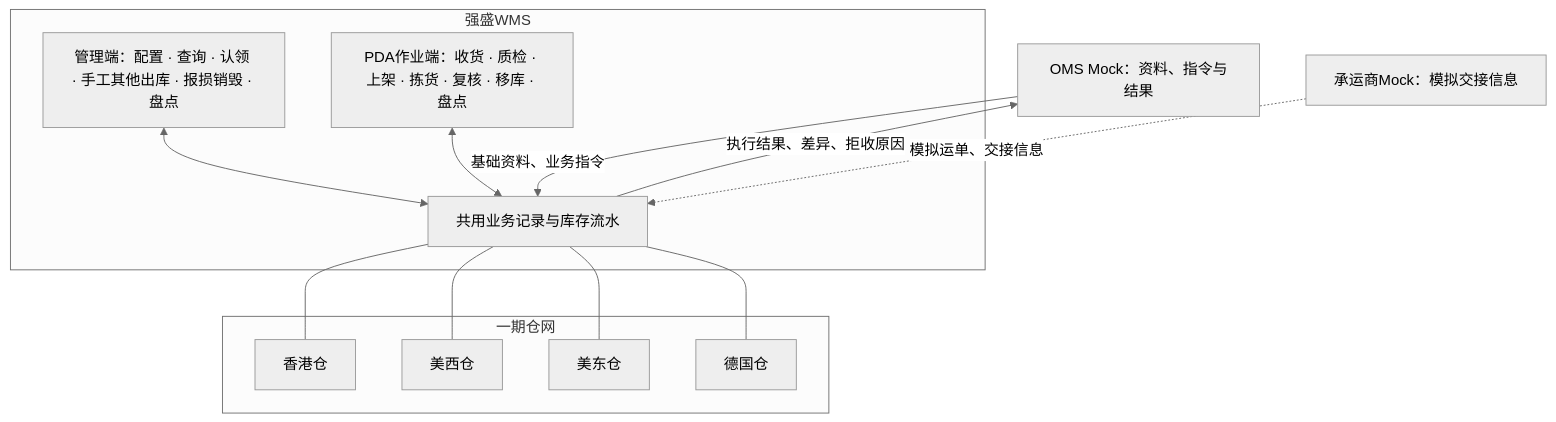
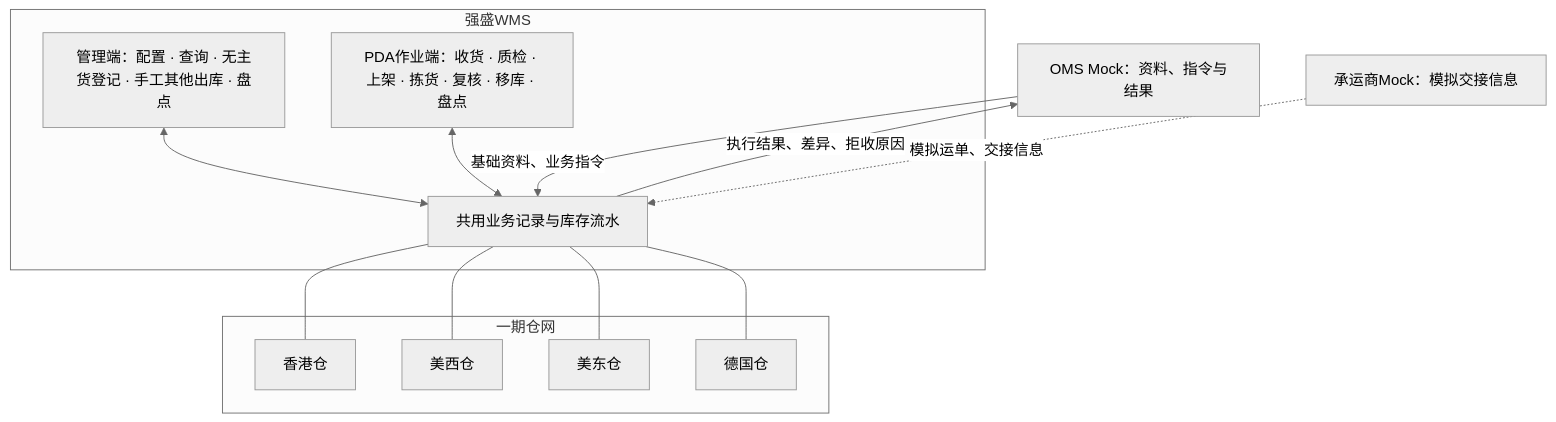
Before and after one commit to TopVitamin/QS-WMS-Project: the first of 2 diagrams in 05-应用设计方案/20261002-MVP版本/系统架构设计/00-系统与模块地图.md, drawn with Mermaid (neutral theme). The commit also changed other lines of this file and 63 other files, not shown here.

````diff
--- a/05-应用设计方案/20261002-MVP版本/系统架构设计/00-系统与模块地图.md
+++ b/05-应用设计方案/20261002-MVP版本/系统架构设计/00-系统与模块地图.md
@@ -19,25 +19,25 @@
 ```mermaid
 flowchart TB
     M[OMS Mock：资料、指令与结果]
     L[承运商Mock：模拟交接信息]
     subgraph WMS[强盛WMS]
-        A[管理端：配置 · 查询 · 认领 · 手工其他出库 · 报损销毁 · 盘点]
+        A[管理端：配置 · 查询 · 无主货登记 · 手工其他出库 · 盘点]
         P[PDA作业端：收货 · 质检 · 上架 · 拣货 · 复核 · 移库 · 盘点]
         S[共用业务记录与库存流水]
         A <--> S
         P <--> S
     end
     subgraph 一期仓网
         HK[香港仓]
         US[美西仓]
         UE[美东仓]
         DE[德国仓]
     end
     M -->|基础资料、业务指令| S
     S -->|执行结果、差异、拒收原因| M
     L -.->|模拟运单、交接信息| S
     S --- HK
     S --- US
     S --- UE
     S --- DE
 ```
````
